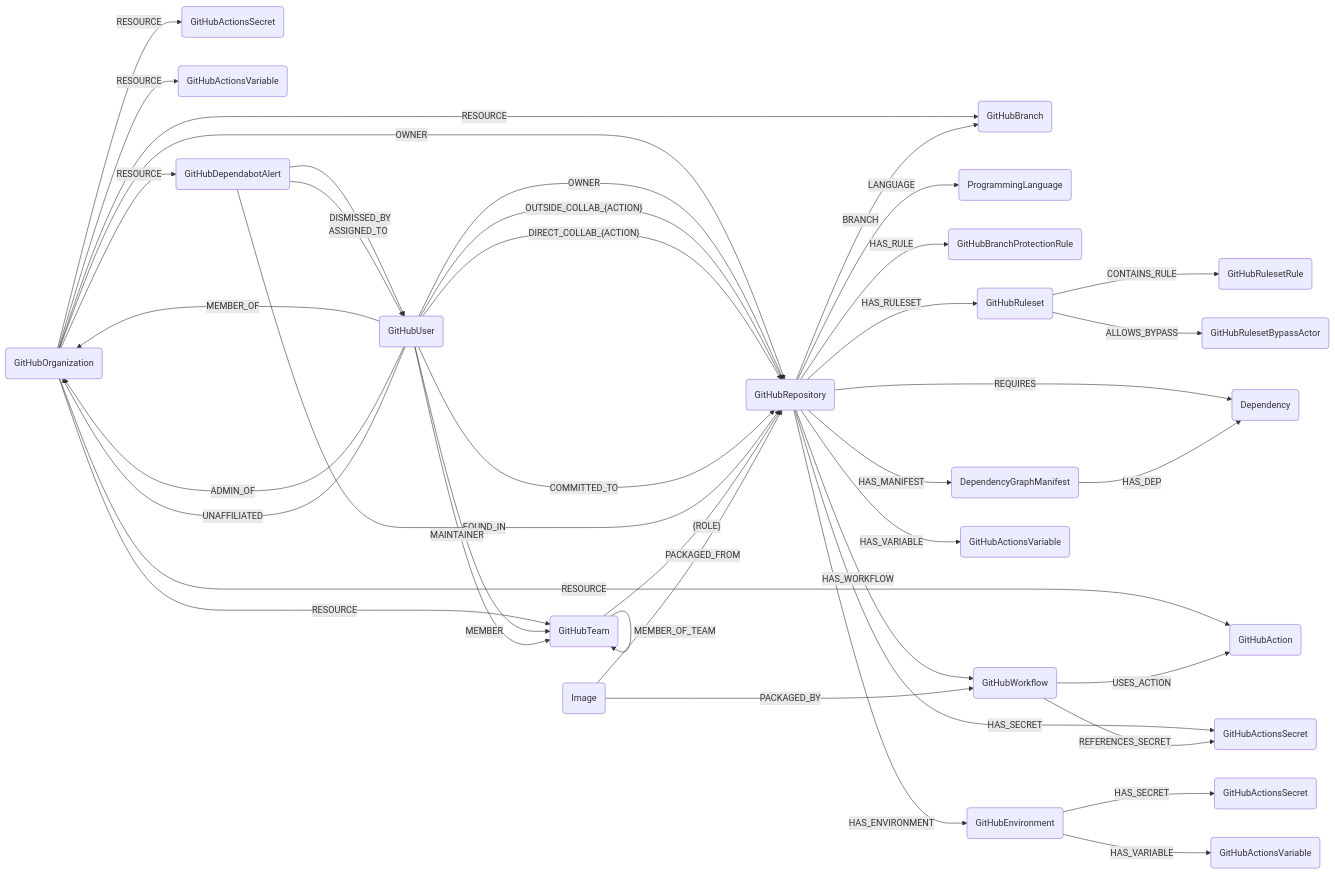
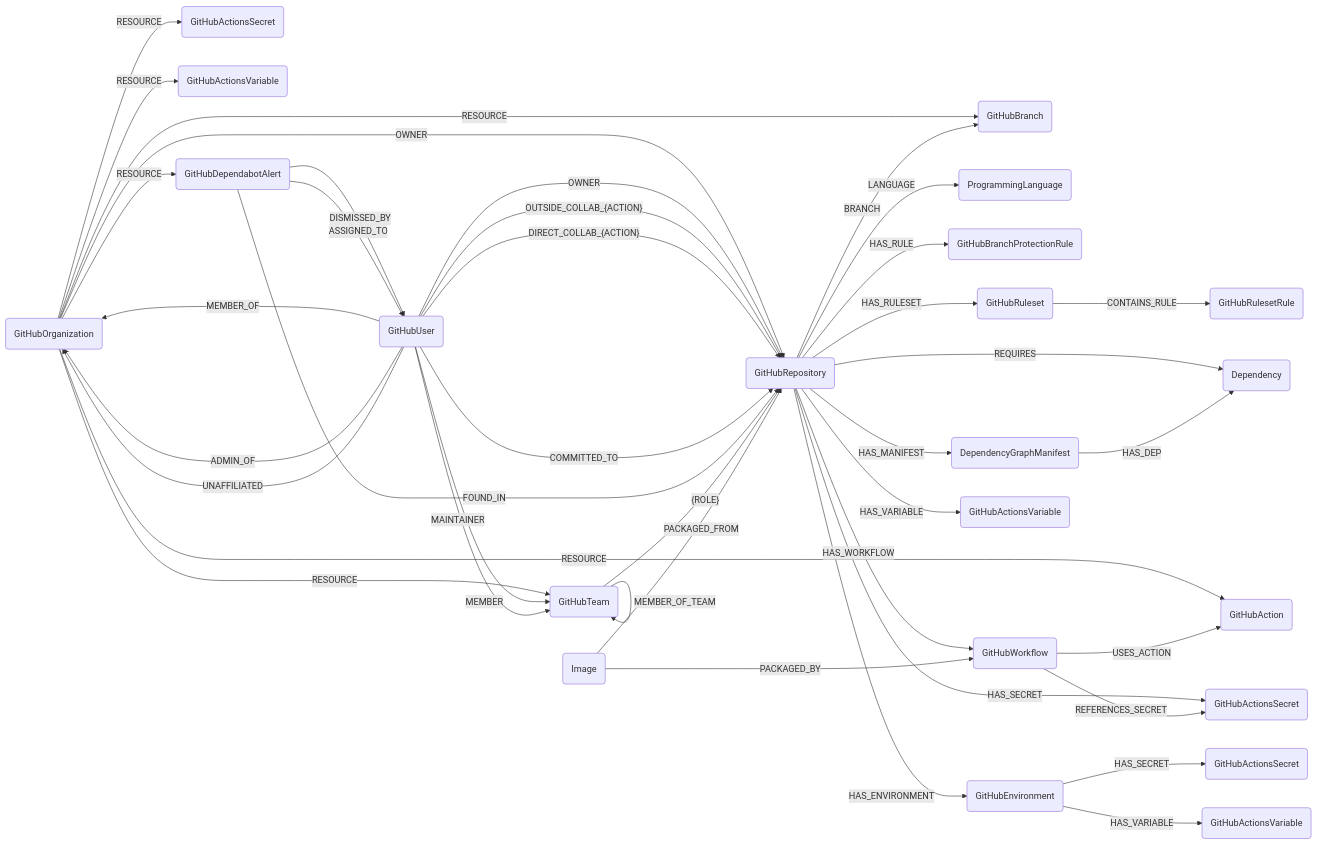
One commit to cartography-cncf/cartography changed the diagram in docs/root/modules/github/schema.md. Above: the diagram before and after it, drawn with Mermaid. The commit also changed other lines of this file and 6 other files, not shown here.

Commit message:
fix(github): omit ruleset bypass actors

````diff
--- a/docs/root/modules/github/schema.md
+++ b/docs/root/modules/github/schema.md
@@ -3,44 +3,43 @@
 ```mermaid
 graph LR
 
 O(GitHubOrganization) -- OWNER --> R(GitHubRepository)
 O -- RESOURCE --> B(GitHubBranch)
 O -- RESOURCE --> T(GitHubTeam)
 O -- RESOURCE --> OS(GitHubActionsSecret)
 O -- RESOURCE --> OV(GitHubActionsVariable)
 O -- RESOURCE --> A(GitHubAction)
 O -- RESOURCE --> DA(GitHubDependabotAlert)
 U(GitHubUser) -- MEMBER_OF --> O
 U -- ADMIN_OF --> O
 U -- UNAFFILIATED --> O
 U -- OWNER --> R
 U -- OUTSIDE_COLLAB_{ACTION} --> R
 U -- DIRECT_COLLAB_{ACTION} --> R
 U -- COMMITTED_TO --> R
 R -- LANGUAGE --> L(ProgrammingLanguage)
 R -- BRANCH --> B(GitHubBranch)
 R -- HAS_RULE --> BPR(GitHubBranchProtectionRule)
 R -- HAS_RULESET --> GRS(GitHubRuleset)
 GRS -- CONTAINS_RULE --> RSR(GitHubRulesetRule)
-GRS -- ALLOWS_BYPASS --> RBA(GitHubRulesetBypassActor)
 R -- REQUIRES --> D(Dependency)
 R -- HAS_MANIFEST --> M(DependencyGraphManifest)
 R -- HAS_WORKFLOW --> W(GitHubWorkflow)
 R -- HAS_SECRET --> RS(GitHubActionsSecret)
 R -- HAS_VARIABLE --> RV(GitHubActionsVariable)
 R -- HAS_ENVIRONMENT --> E(GitHubEnvironment)
 DA -- FOUND_IN --> R
 DA -- DISMISSED_BY --> U
 DA -- ASSIGNED_TO --> U
 W -- USES_ACTION --> A(GitHubAction)
 W -- REFERENCES_SECRET --> RS
 E -- HAS_SECRET --> ES(GitHubActionsSecret)
 E -- HAS_VARIABLE --> EV(GitHubActionsVariable)
 M -- HAS_DEP --> D
 T -- {ROLE} --> R
 T -- MEMBER_OF_TEAM --> T
 U -- MEMBER --> T
 U -- MAINTAINER --> T
 I(Image) -- PACKAGED_FROM --> R
 I(Image) -- PACKAGED_BY --> W
 ```
````
